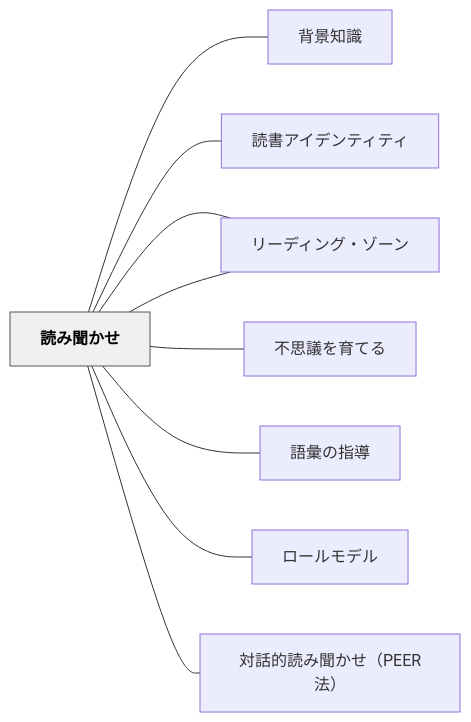
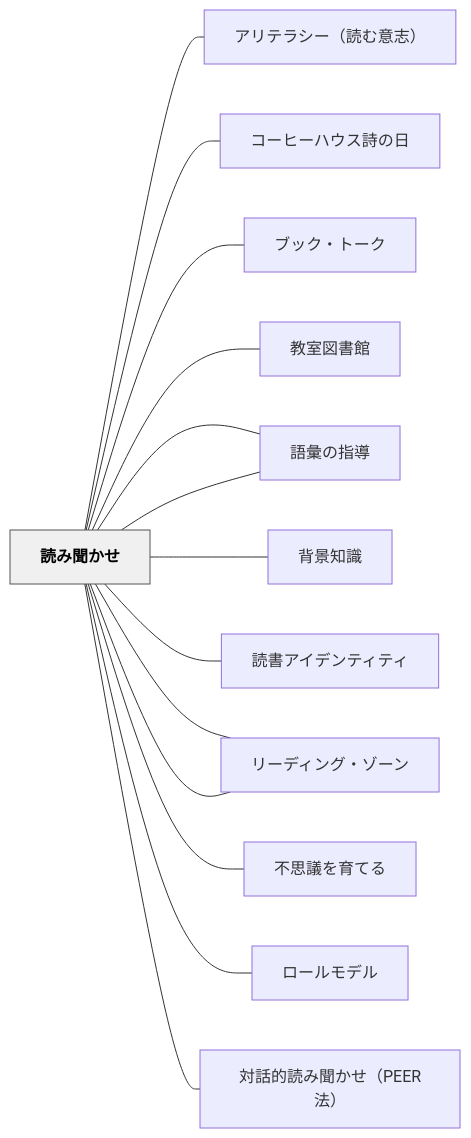
The diagram in content/パタン/読み聞かせ.md (unknownthings-ed-patterns/unknownthings-ed-patterns), drawn with Mermaid before and after one commit. The commit also changed other lines of this file and 473 other files, not shown here.

````diff
--- a/content/パタン/読み聞かせ.md
+++ b/content/パタン/読み聞かせ.md
@@ -189,24 +194,34 @@
 ```mermaid
 flowchart LR
     ne8aaade381bf["読み聞かせ"]
+    ne382a2e383aa["アリテラシー（読む意志）"]
+    ne382b3e383bc["コーヒーハウス詩の日"]
+    ne38396e38383["ブック・トーク"]
+    ne69599e5aea4["教室図書館"]
+    ne8aa9ee5bd99["語彙指導"]
     ne8838ce699af["背景知識"]
     ne8aaade69bb8["読書アイデンティティ"]
     ne383aae383bc["リーディング・ワークショップ"]
     ne383aae383bc["リーディング・ゾーン"]
     ne4b88de6809d["不思議を育てる"]
     ne8aa9ee5bd99["語彙の指導"]
     ne383ade383bc["ロールモデル"]
     ne5afbee8a9b1["対話的読み聞かせ（PEER法）"]
 
+    ne8aaade381bf --- ne382a2e383aa
+    ne8aaade381bf --- ne382b3e383bc
+    ne8aaade381bf --- ne38396e38383
+    ne8aaade381bf --- ne69599e5aea4
+    ne8aaade381bf --- ne8aa9ee5bd99
     ne8aaade381bf --- ne8838ce699af
     ne8aaade381bf --- ne8aaade69bb8
     ne8aaade381bf --- ne383aae383bc
     ne8aaade381bf --- ne383aae383bc
     ne8aaade381bf --- ne4b88de6809d
     ne8aaade381bf --- ne8aa9ee5bd99
     ne8aaade381bf --- ne383ade383bc
     ne8aaade381bf --- ne5afbee8a9b1
 
     classDef hub fill:#f0f0f0,stroke:#555,color:#000,font-weight:bold
     class ne8aaade381bf hub
 ```
````
